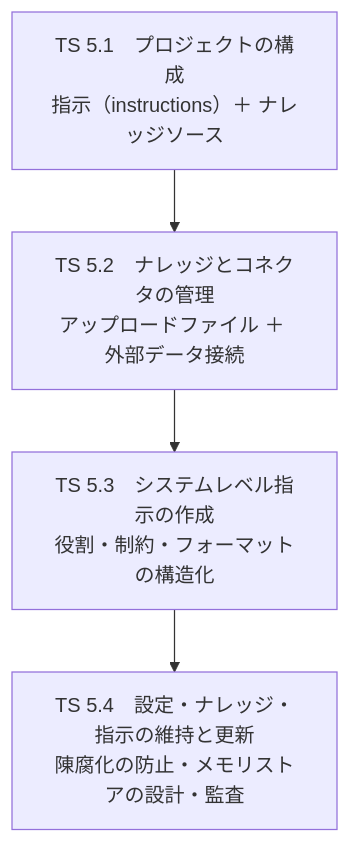
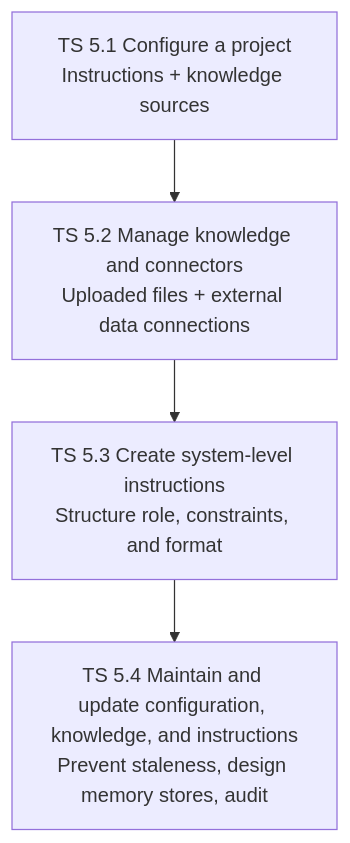
The tenth of 19 diagrams in guide.md (AbdullahMufti/ccao-f-guide), drawn with Mermaid before and after one commit. The commit also changed other lines of this file and 3 other files, not shown here.

````diff
--- a/guide.md
+++ b/guide.md
@@ -704,8 +705,8 @@
 ```mermaid
 flowchart TB
-    A["TS 5.1　プロジェクトの構成<br/>指示（instructions）＋ ナレッジソース"]
-    B["TS 5.2　ナレッジとコネクタの管理<br/>アップロードファイル ＋ 外部データ接続"]
-    C["TS 5.3　システムレベル指示の作成<br/>役割・制約・フォーマットの構造化"]
-    D["TS 5.4　設定・ナレッジ・指示の維持と更新<br/>陳腐化の防止・メモリストアの設計・監査"]
+    A["TS 5.1 Configure a project<br/>Instructions + knowledge sources"]
+    B["TS 5.2 Manage knowledge and connectors<br/>Uploaded files + external data connections"]
+    C["TS 5.3 Create system-level instructions<br/>Structure role, constraints, and format"]
+    D["TS 5.4 Maintain and update configuration, knowledge, and instructions<br/>Prevent staleness, design memory stores, audit"]
     A --> B --> C --> D
 ```
````
